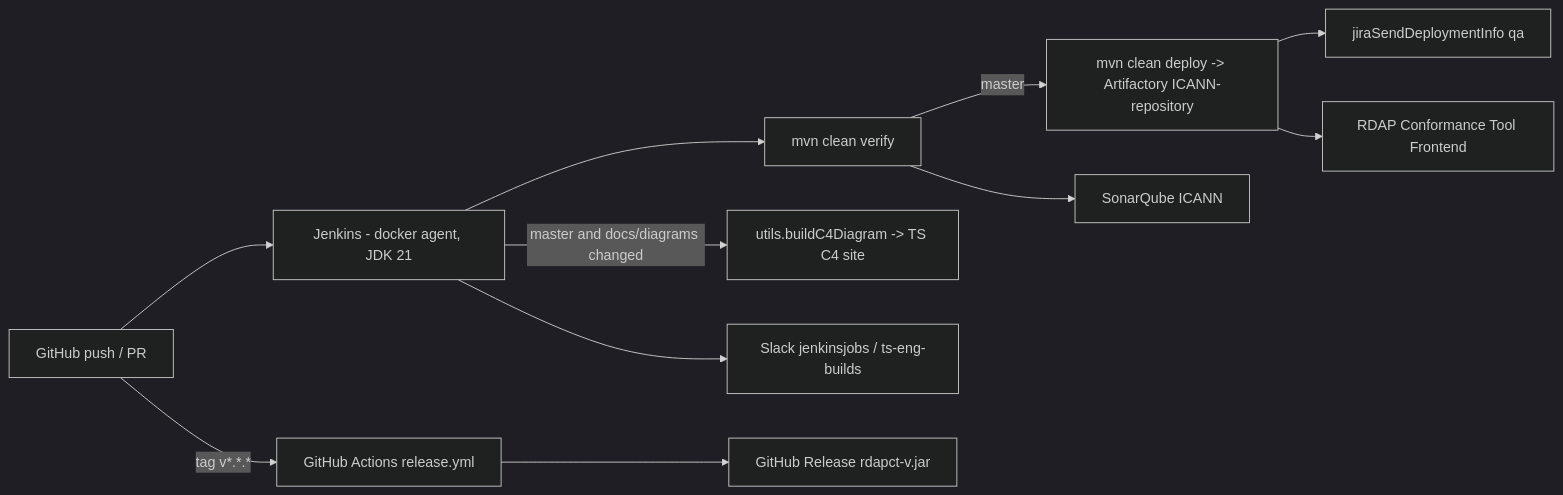
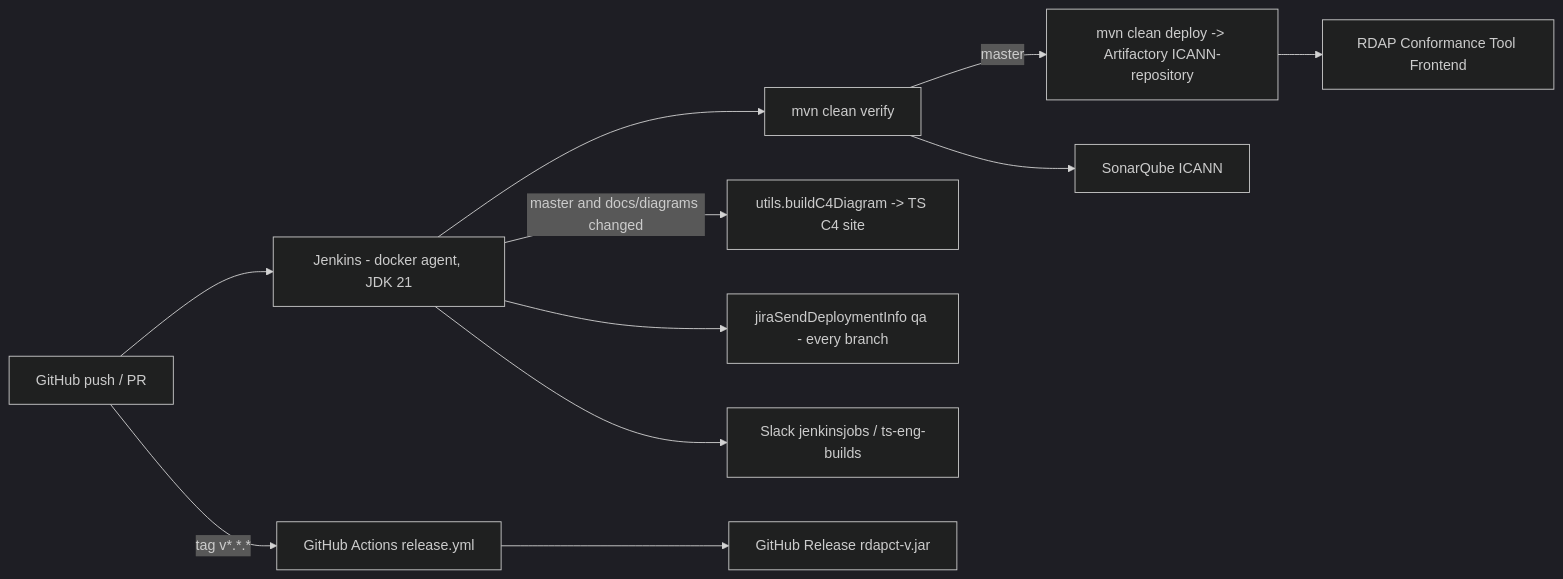
One commit to icann/rdap-conformance-tool changed the second of 2 diagrams in docs/architecture.md. Above: the diagram before and after it, drawn with Mermaid (dark theme). The commit also changed other lines of this file and 4 other files, not shown here.

Commit message:
feat: update architecture documentation and exit codes for clarity

````diff
--- a/docs/architecture.md
+++ b/docs/architecture.md
@@ -191,12 +203,12 @@
 ```mermaid
 flowchart LR
     G[GitHub push / PR] --> J[Jenkins - docker agent, JDK 21]
     J --> V[mvn clean verify]
     V -->|master| D[mvn clean deploy -> Artifactory ICANN-repository]
     V --> S[SonarQube ICANN]
     J -->|master and docs/diagrams changed| C4[utils.buildC4Diagram -> TS C4 site]
-    D --> JIRA[jiraSendDeploymentInfo qa]
+    J --> JIRA[jiraSendDeploymentInfo qa - every branch]
     J --> SL[Slack jenkinsjobs / ts-eng-builds]
     G -->|tag v*.*.*| GA[GitHub Actions release.yml] --> REL[GitHub Release rdapct-v.jar]
     D --> FE[RDAP Conformance Tool Frontend]
 ```
````
